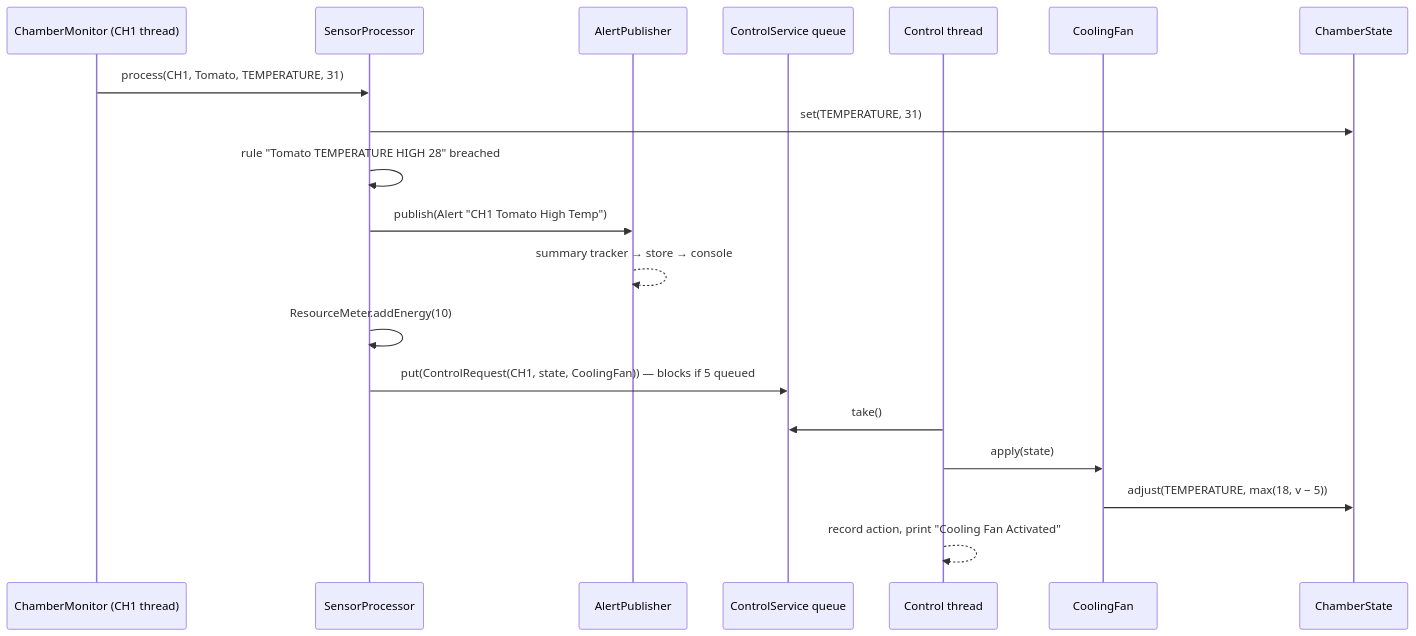
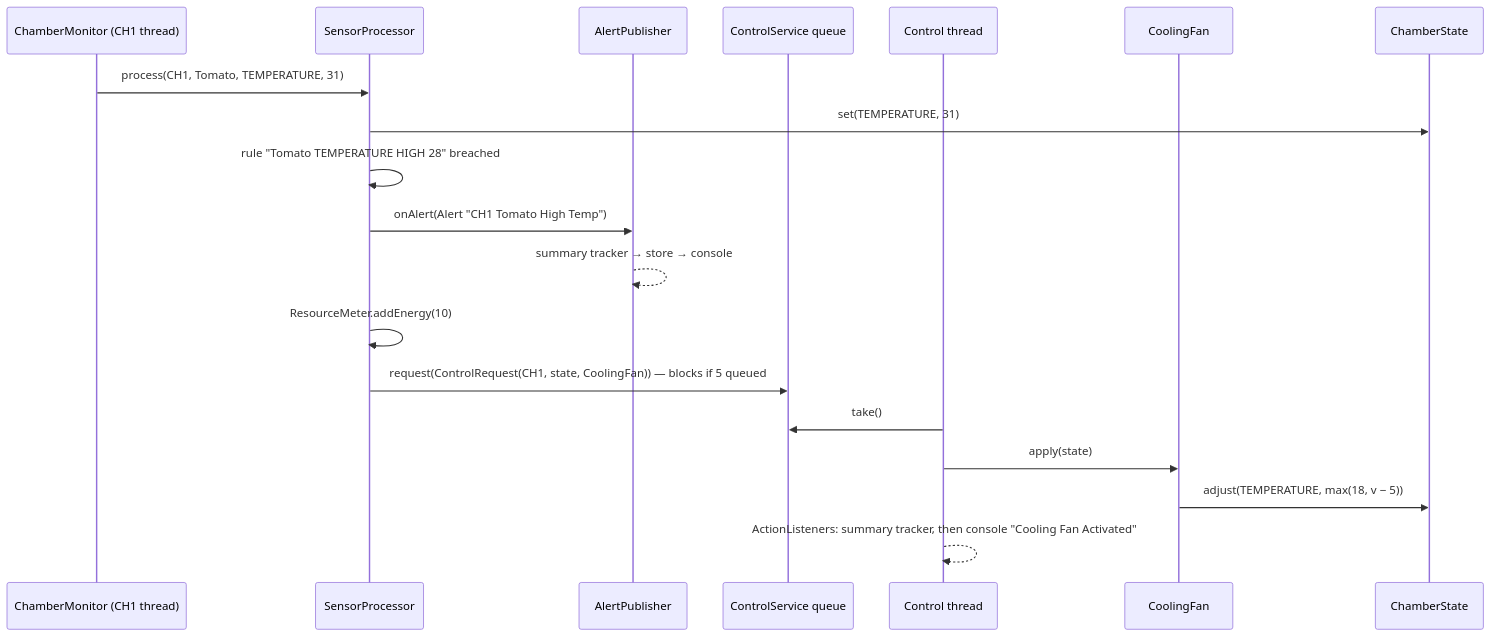
The second of 2 diagrams in README.md (ansonpoh/SE301_Project), drawn with Mermaid before and after one commit. The commit also changed other lines of this file and 37 other files, not shown here.

````diff
--- a/README.md
+++ b/README.md
@@ -218,21 +223,21 @@
 ```mermaid
 sequenceDiagram
     participant M as ChamberMonitor (CH1 thread)
     participant P as SensorProcessor
     participant A as AlertPublisher
     participant Q as ControlService queue
     participant C as Control thread
     participant F as CoolingFan
     participant S as ChamberState
     M->>P: process(CH1, Tomato, TEMPERATURE, 31)
     P->>S: set(TEMPERATURE, 31)
     P->>P: rule "Tomato TEMPERATURE HIGH 28" breached
-    P->>A: publish(Alert "CH1 Tomato High Temp")
+    P->>A: onAlert(Alert "CH1 Tomato High Temp")
     A-->>A: summary tracker → store → console
     P->>P: ResourceMeter.addEnergy(10)
-    P->>Q: put(ControlRequest(CH1, state, CoolingFan)) — blocks if 5 queued
+    P->>Q: request(ControlRequest(CH1, state, CoolingFan)) — blocks if 5 queued
     C->>Q: take()
     C->>F: apply(state)
     F->>S: adjust(TEMPERATURE, max(18, v − 5))
-    C-->>C: record action, print "Cooling Fan Activated"
+    C-->>C: ActionListeners: summary tracker, then console "Cooling Fan Activated"
 ```
````
